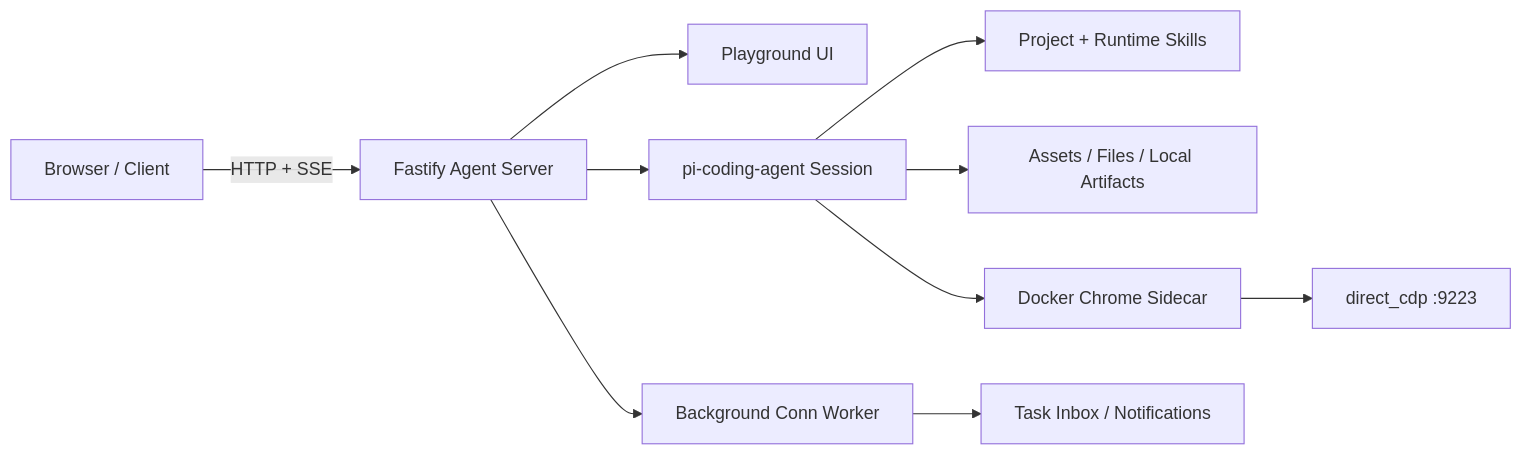
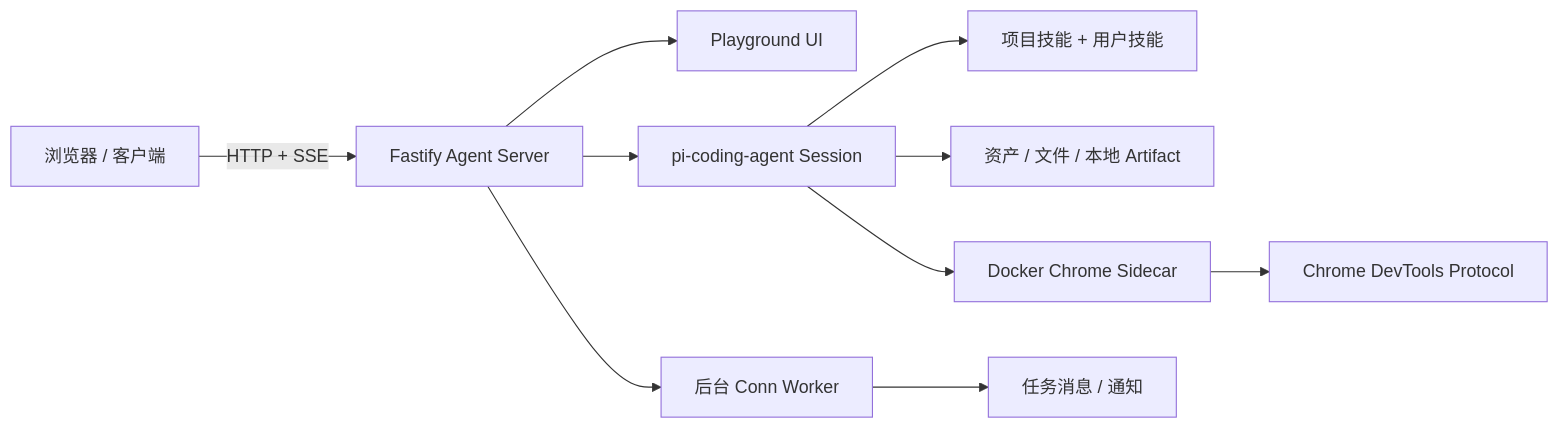
One commit to mhgd3250905/ugk-claw-personal changed the diagram in README.md. Above: the diagram before and after it, drawn with Mermaid. The commit also changed other lines of this file and 1 other file, not shown here.

````diff
--- a/README.md
+++ b/README.md
@@ -79,12 +73,12 @@
 ```mermaid
 flowchart LR
-  User[Browser / Client] -->|HTTP + SSE| Server[Fastify Agent Server]
+  User[浏览器 / 客户端] -->|HTTP + SSE| Server[Fastify Agent Server]
   Server --> Playground[Playground UI]
   Server --> Agent[pi-coding-agent Session]
-  Agent --> Skills[Project + Runtime Skills]
-  Agent --> Files[Assets / Files / Local Artifacts]
+  Agent --> Skills[项目技能 + 用户技能]
+  Agent --> Files[资产 / 文件 / 本地 Artifact]
   Agent --> Browser[Docker Chrome Sidecar]
-  Browser --> CDP[direct_cdp :9223]
-  Server --> Conn[Background Conn Worker]
-  Conn --> Inbox[Task Inbox / Notifications]
+  Browser --> CDP[Chrome DevTools Protocol]
+  Server --> Conn[后台 Conn Worker]
+  Conn --> Inbox[任务消息 / 通知]
 ```
````
